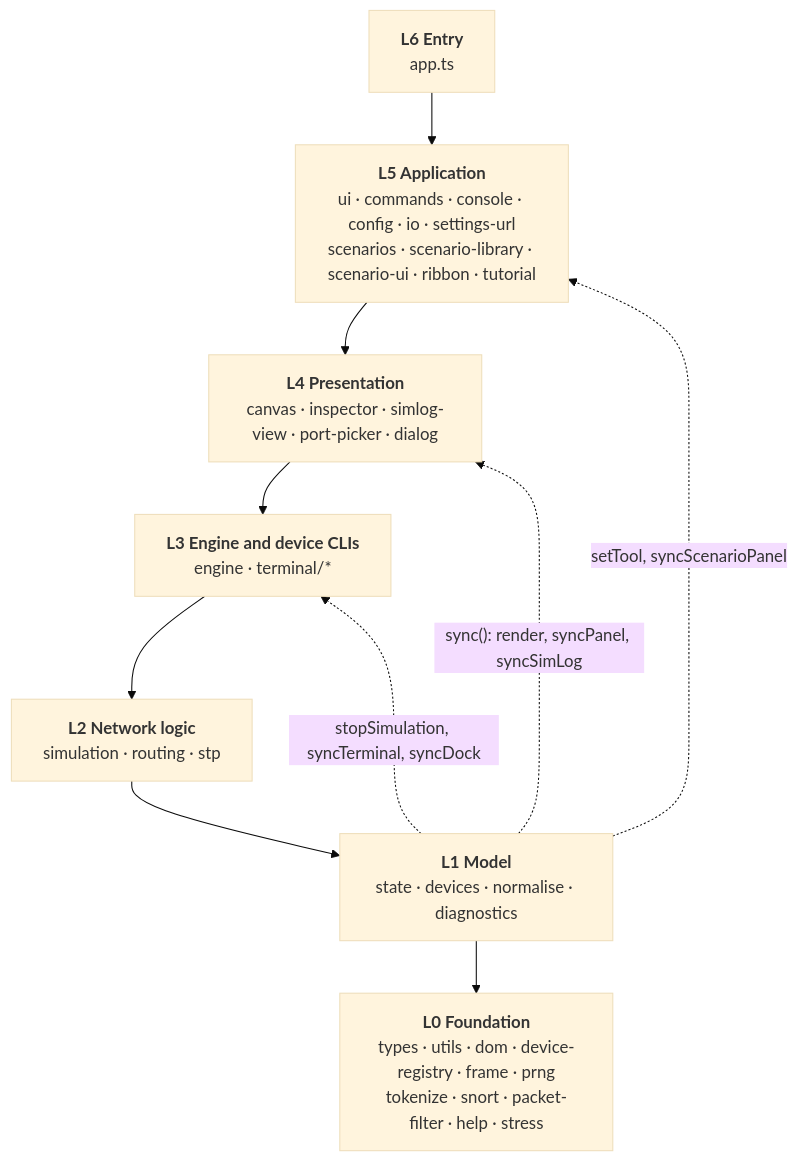
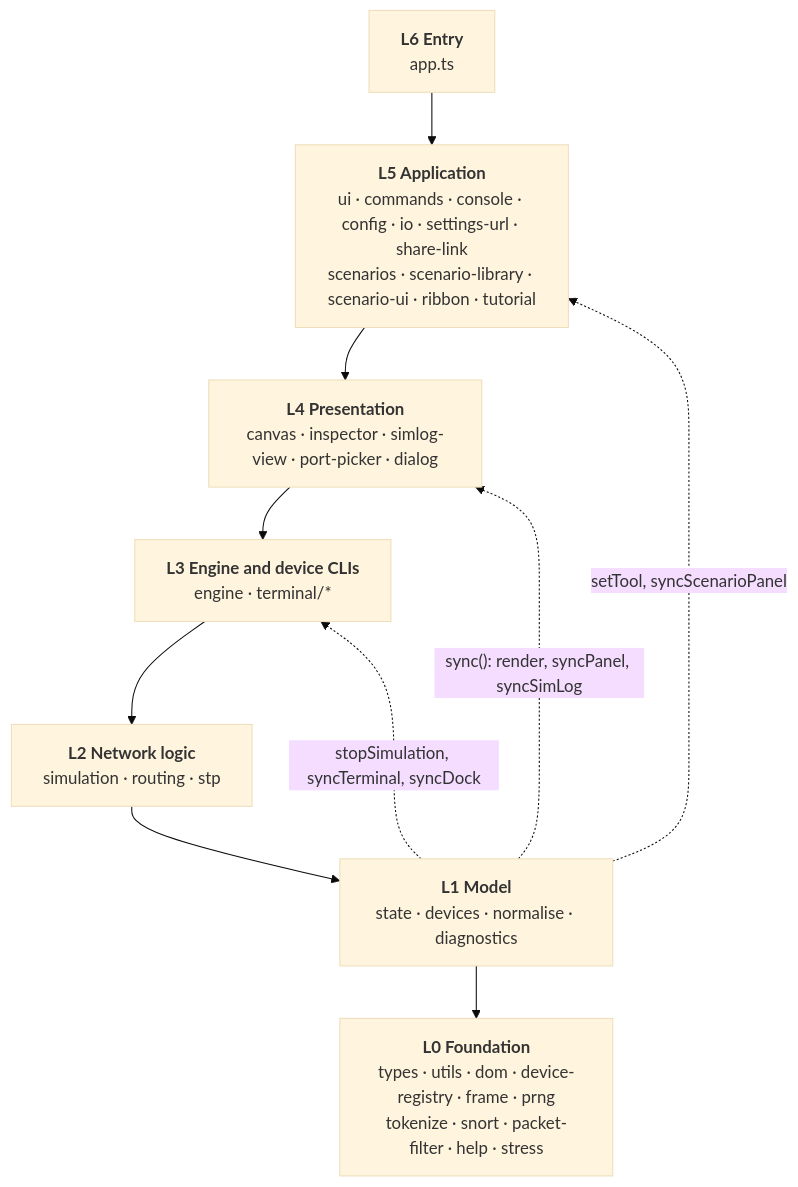
The first of 3 diagrams in docs/architecture.md (trevorandersen/routesim), drawn with Mermaid (base theme) before and after one commit. The commit also changed other lines of this file and 16 other files, not shown here.

First line of the commit message:
Share a network as a link

````diff
--- a/docs/architecture.md
+++ b/docs/architecture.md
@@ -60,14 +60,14 @@
 ```mermaid
 flowchart TB
   L6["<b>L6 Entry</b><br/>app.ts"]
-  L5["<b>L5 Application</b><br/>ui · commands · console · config · io · settings-url<br/>scenarios · scenario-library · scenario-ui · ribbon · tutorial"]
+  L5["<b>L5 Application</b><br/>ui · commands · console · config · io · settings-url · share-link<br/>scenarios · scenario-library · scenario-ui · ribbon · tutorial"]
   L4["<b>L4 Presentation</b><br/>canvas · inspector · simlog-view · port-picker · dialog"]
   L3["<b>L3 Engine and device CLIs</b><br/>engine · terminal/*"]
   L2["<b>L2 Network logic</b><br/>simulation · routing · stp"]
   L1["<b>L1 Model</b><br/>state · devices · normalise · diagnostics"]
   L0["<b>L0 Foundation</b><br/>types · utils · dom · device-registry · frame · prng<br/>tokenize · snort · packet-filter · help · stress"]
   L6 --> L5 --> L4 --> L3 --> L2 --> L1 --> L0
   L1 -.->|"sync(): render, syncPanel, syncSimLog"| L4
   L1 -.->|"stopSimulation, syncTerminal, syncDock"| L3
   L1 -.->|"setTool, syncScenarioPanel"| L5
 ```
````
